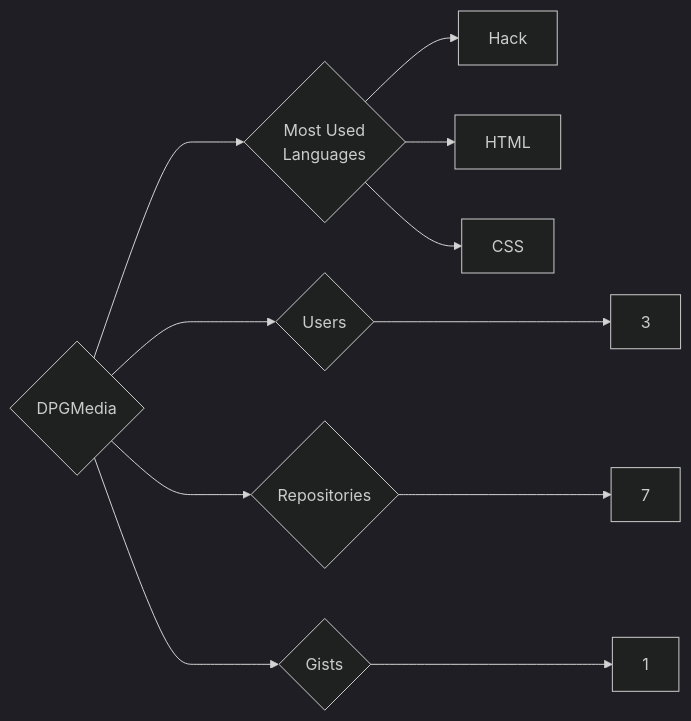
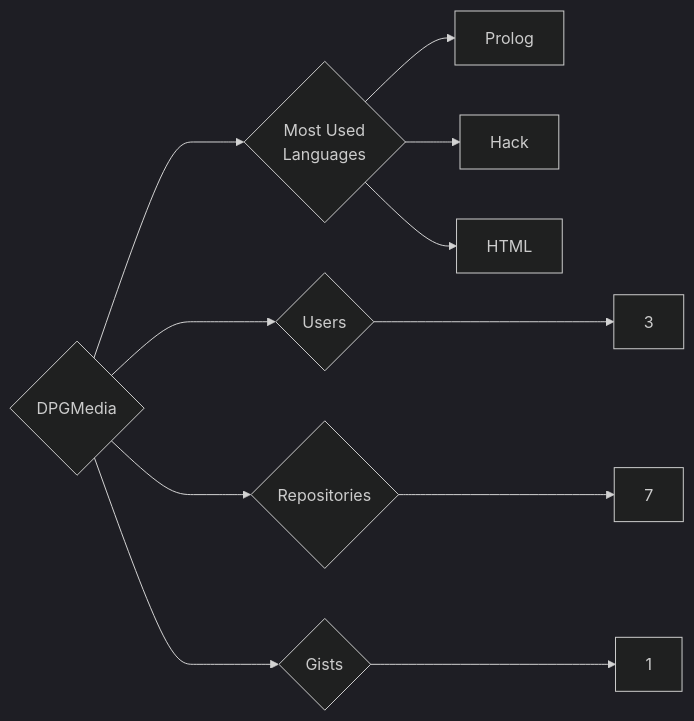
Before and after one commit to trickest/insiders: the diagram in targets/DPGMedia/README.md, drawn with Mermaid (dark theme). The commit also changed 938 other files, not shown here.

````diff
--- a/targets/DPGMedia/README.md
+++ b/targets/DPGMedia/README.md
@@ -3,11 +3,11 @@
 ```mermaid
 graph LR
 COMPANY_NAME{DPGMedia}
 COMPANY_NAME ---> U{Users} ---> UN[3]
 COMPANY_NAME ---> R{Repositories} ---> RN[7]
 COMPANY_NAME ---> G{Gists} ---> GN[1]
 COMPANY_NAME ---> ML{Most Used<br>Languages}
+ML --> Prolog[Prolog]
 ML --> Hack[Hack]
 ML --> HTML[HTML]
-ML --> CSS[CSS]
 ```
````
